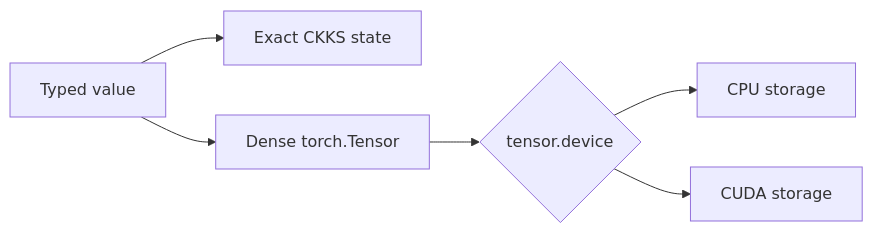
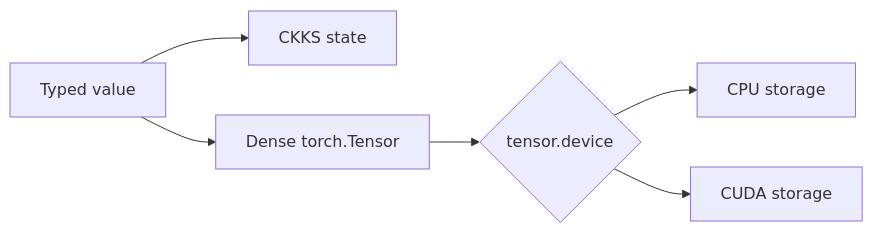
One commit to visualDust/fhelium changed the second of 5 diagrams in docs/concepts/architecture/system-overview.md. Above: the diagram before and after it, drawn with Mermaid. The commit also changed other lines of this file and 222 other files, not shown here.

````diff
--- a/docs/concepts/architecture/system-overview.md
+++ b/docs/concepts/architecture/system-overview.md
@@ -74,11 +74,11 @@
 ```mermaid
 graph LR
     VALUE[Typed value]
-    META[Exact CKKS state]
+    META[CKKS state]
     DATA[Dense torch.Tensor]
     VALUE --> META
     VALUE --> DATA
     DATA --> DEV{tensor.device}
     DEV --> CPU[CPU storage]
     DEV --> GPU[CUDA storage]
 ```
````
